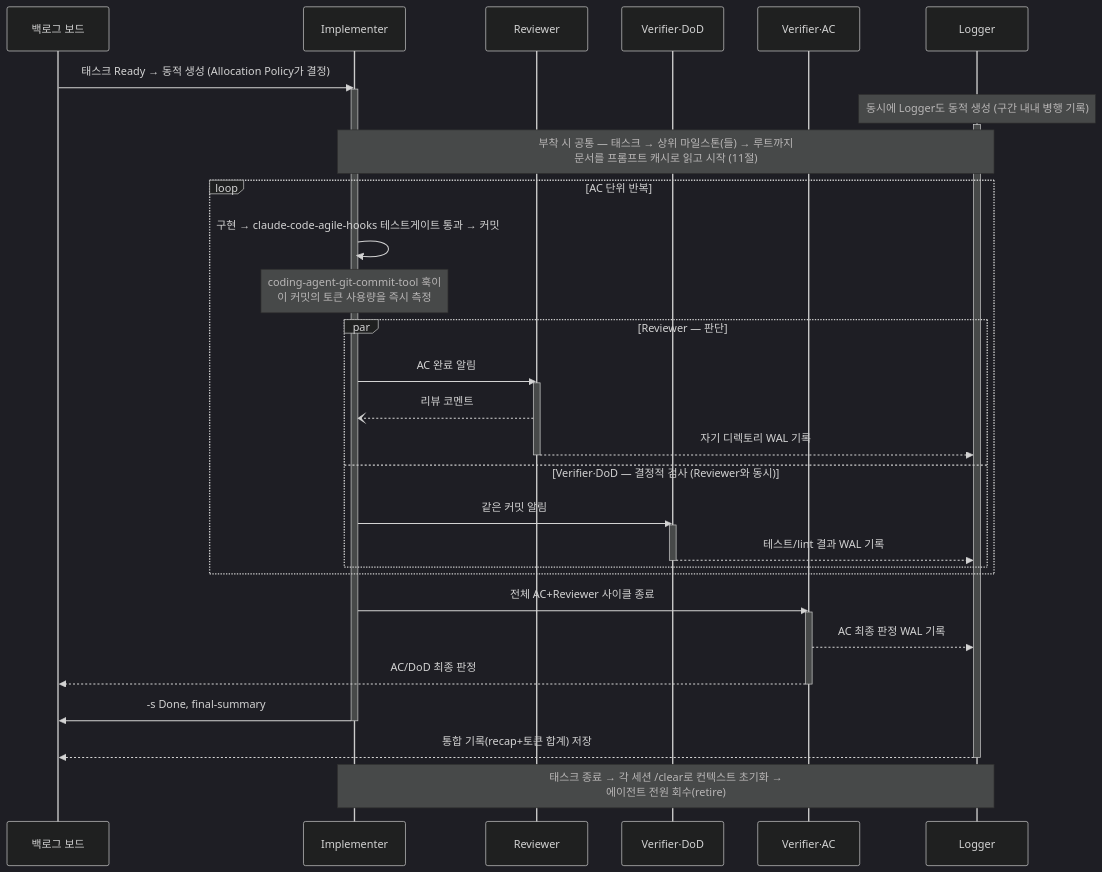
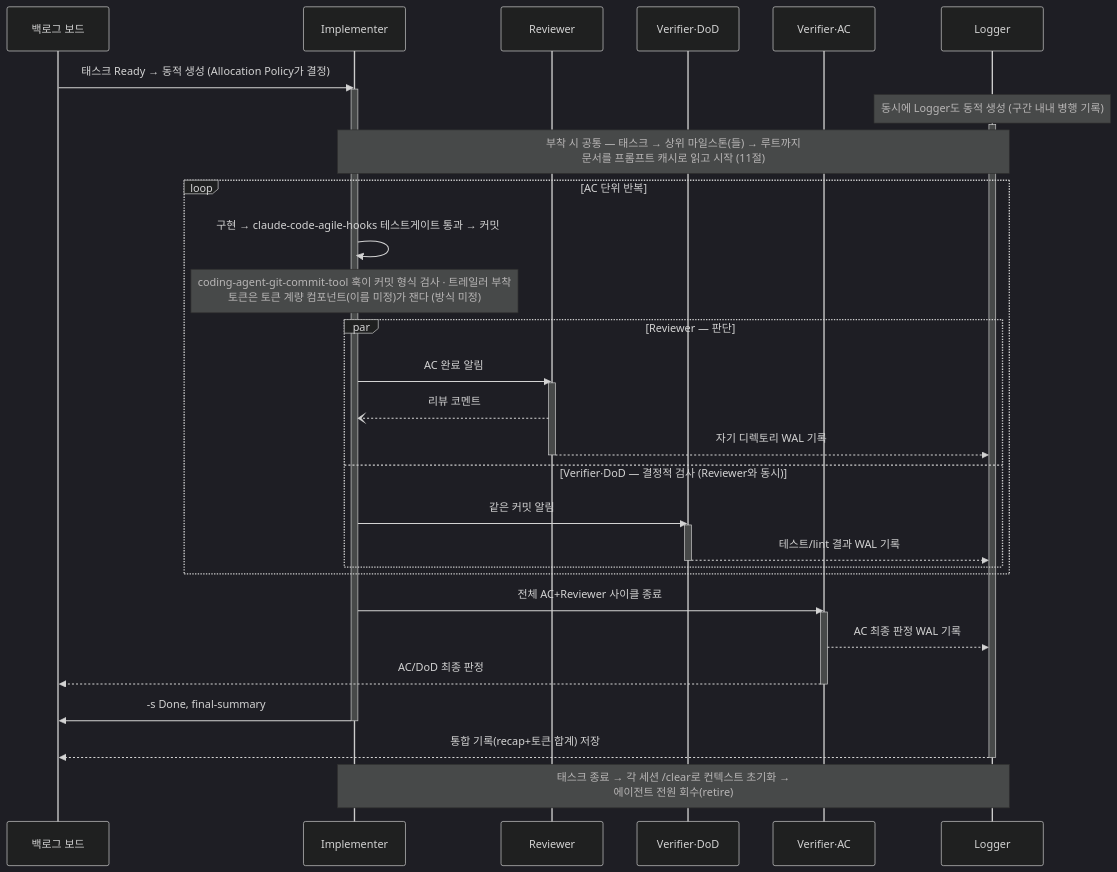
The diagram in design/diagrams/07-task-sequence.mmd (coralstay/coralstay-software-factory), drawn with Mermaid (dark theme) before and after one commit. The commit also changed 10 other files, not shown here.

```diff
--- a/design/diagrams/07-task-sequence.mmd
+++ b/design/diagrams/07-task-sequence.mmd
@@ -1,42 +1,42 @@
 sequenceDiagram
     participant Board as 백로그 보드
     participant Imp as Implementer
     participant Rev as Reviewer
     participant VD as Verifier·DoD
     participant VA as Verifier·AC
     participant Log as Logger
 
     Board->>Imp: 태스크 Ready → 동적 생성 (Allocation Policy가 결정)
     activate Imp
     Note over Log: 동시에 Logger도 동적 생성 (구간 내내 병행 기록)
     activate Log
     Note over Imp,Log: 부착 시 공통 — 태스크 → 상위 마일스톤(들) → 루트까지<br/>문서를 프롬프트 캐시로 읽고 시작 (11절)
 
     loop AC 단위 반복
         Imp->>Imp: 구현 → claude-code-agile-hooks 테스트게이트 통과 → 커밋
-        Note over Imp: coding-agent-git-commit-tool 훅이<br/>이 커밋의 토큰 사용량을 즉시 측정
+        Note over Imp: coding-agent-git-commit-tool 훅이 커밋 형식 검사 · 트레일러 부착<br/>토큰은 토큰 계량 컴포넌트(이름 미정)가 잰다 (방식 미정)
         par Reviewer — 판단
             Imp->>Rev: AC 완료 알림
             activate Rev
             Rev--)Imp: 리뷰 코멘트
             Rev-->>Log: 자기 디렉토리 WAL 기록
             deactivate Rev
         and Verifier·DoD — 결정적 검사 (Reviewer와 동시)
             Imp->>VD: 같은 커밋 알림
             activate VD
             VD-->>Log: 테스트/lint 결과 WAL 기록
             deactivate VD
         end
     end
 
     Imp->>VA: 전체 AC+Reviewer 사이클 종료
     activate VA
     VA-->>Log: AC 최종 판정 WAL 기록
     VA-->>Board: AC/DoD 최종 판정
     deactivate VA
 
     Imp->>Board: -s Done, final-summary
     deactivate Imp
     Log-->>Board: 통합 기록(recap+토큰 합계) 저장
     deactivate Log
     Note over Imp,Log: 태스크 종료 → 각 세션 /clear로 컨텍스트 초기화 →<br/>에이전트 전원 회수(retire)
```
